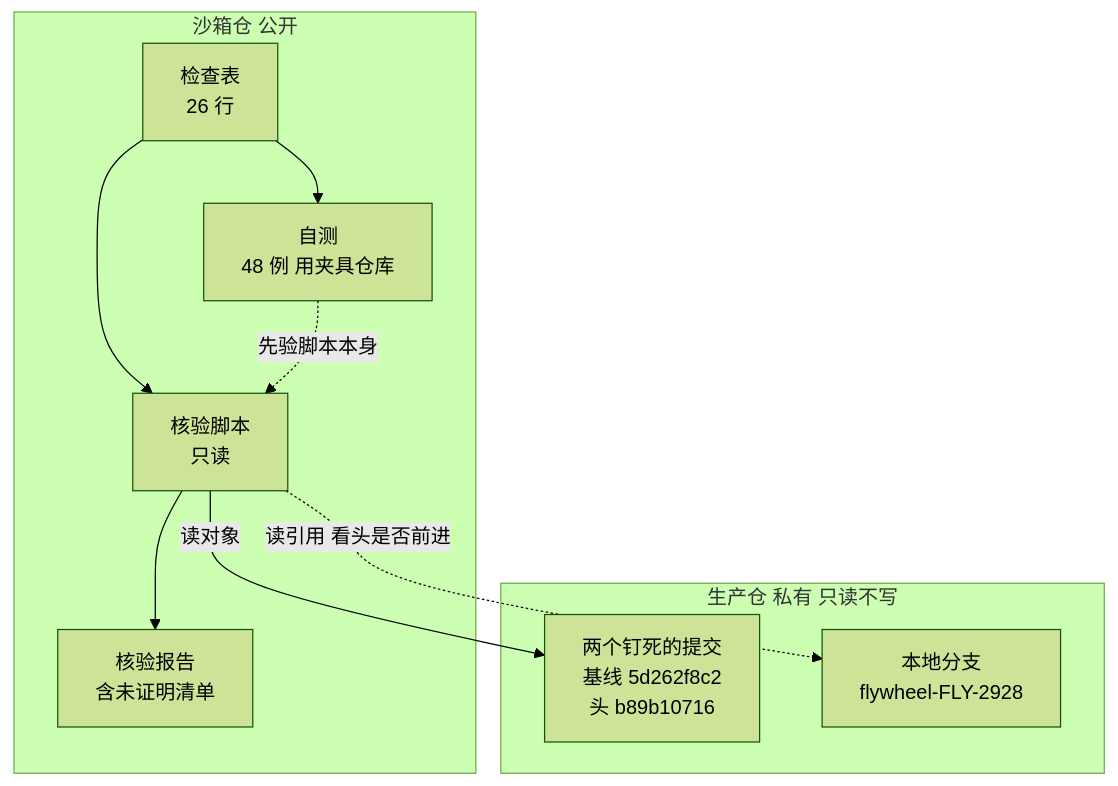
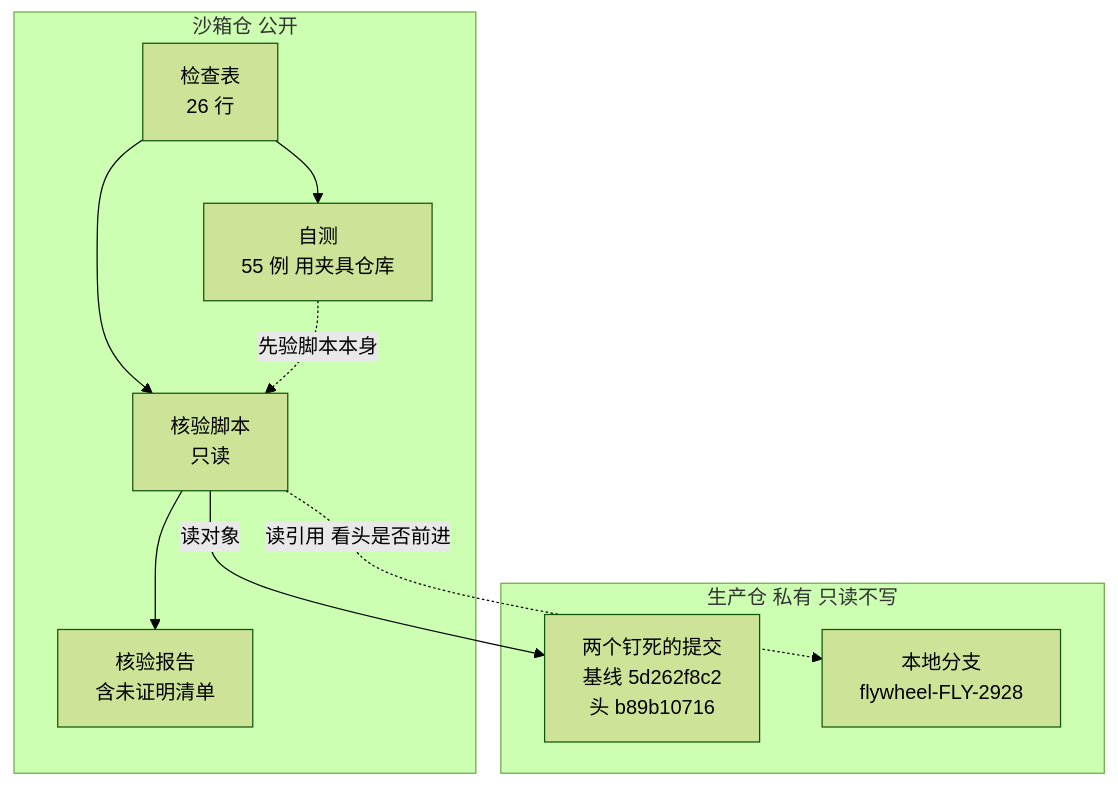
Before and after one commit to xrliAnnie/flywheel-qa-sandbox: the diagram in engineering/doc/FLY-2928-founder-card-lifecycle/diagram-1-context.mmd, drawn with Mermaid (forest theme). The commit also changed 3 other files, not shown here.

```diff
--- a/engineering/doc/FLY-2928-founder-card-lifecycle/diagram-1-context.mmd
+++ b/engineering/doc/FLY-2928-founder-card-lifecycle/diagram-1-context.mmd
@@ -1,17 +1,17 @@
 flowchart TB
   subgraph SBX["沙箱仓 公开"]
     T["检查表<br/>26 行"]
-    ST["自测<br/>48 例 用夹具仓库"]
+    ST["自测<br/>55 例 用夹具仓库"]
     V["核验脚本<br/>只读"]
     RP["核验报告<br/>含未证明清单"]
   end
   subgraph PROD["生产仓 私有 只读不写"]
     C["两个钉死的提交<br/>基线 5d262f8c2<br/>头 b89b10716"]
     BR["本地分支<br/>flywheel-FLY-2928"]
   end
   T --> V
   T --> ST
   ST -. "先验脚本本身" .-> V
   V --> RP
   V -- "读对象" --> C
   V -. "读引用 看头是否前进" .-> BR
```
